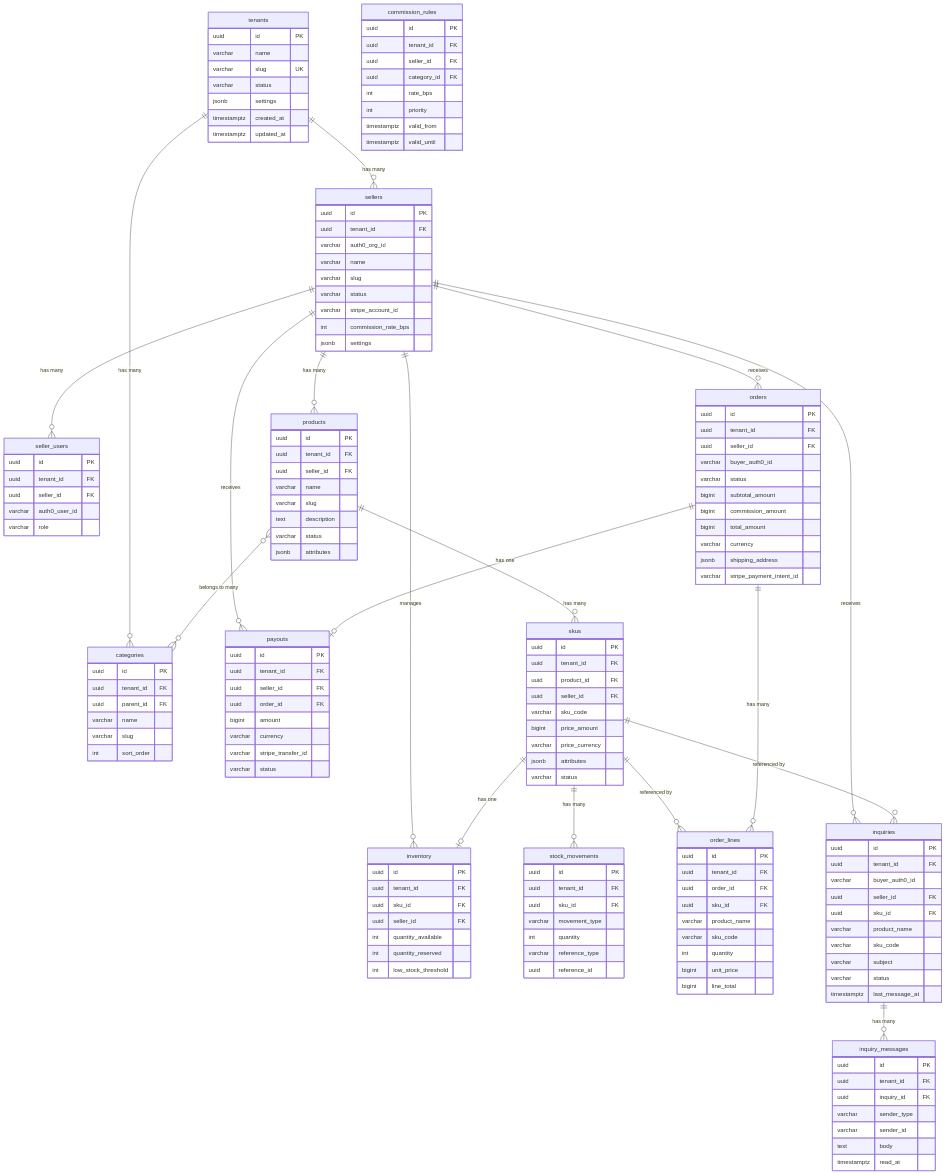
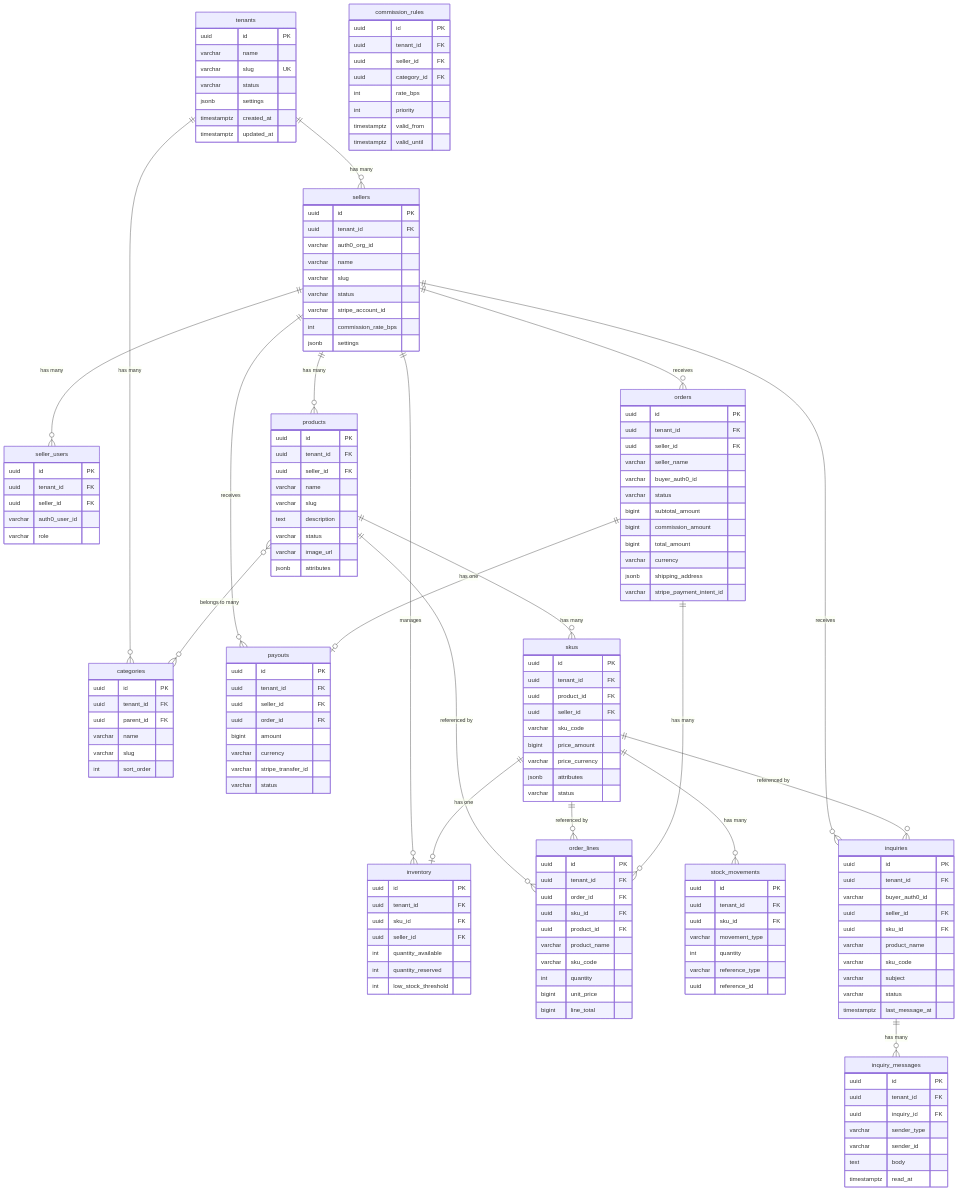
One commit to rick2200-dev/ec-test changed the first of 2 diagrams in docs/architecture.md. Above: the diagram before and after it, drawn with Mermaid. The commit also changed other lines of this file and 43 other files, not shown here.

```diff
--- a/docs/architecture.md
+++ b/docs/architecture.md
@@ -157,6 +157,7 @@
     sellers ||--o{ payouts : "receives"
     products ||--o{ skus : "has many"
     products }o--o{ categories : "belongs to many"
+    products ||--o{ order_lines : "referenced by"
     skus ||--o| inventory : "has one"
     skus ||--o{ stock_movements : "has many"
     skus ||--o{ order_lines : "referenced by"
@@ -213,6 +214,7 @@
         varchar slug
         text description
         varchar status
+        varchar image_url
         jsonb attributes
     }
 
@@ -252,6 +254,7 @@
         uuid id PK
         uuid tenant_id FK
         uuid seller_id FK
+        varchar seller_name
         varchar buyer_auth0_id
         varchar status
         bigint subtotal_amount
@@ -267,6 +270,7 @@
         uuid tenant_id FK
         uuid order_id FK
         uuid sku_id FK
+        uuid product_id FK
         varchar product_name
         varchar sku_code
         int quantity
```
